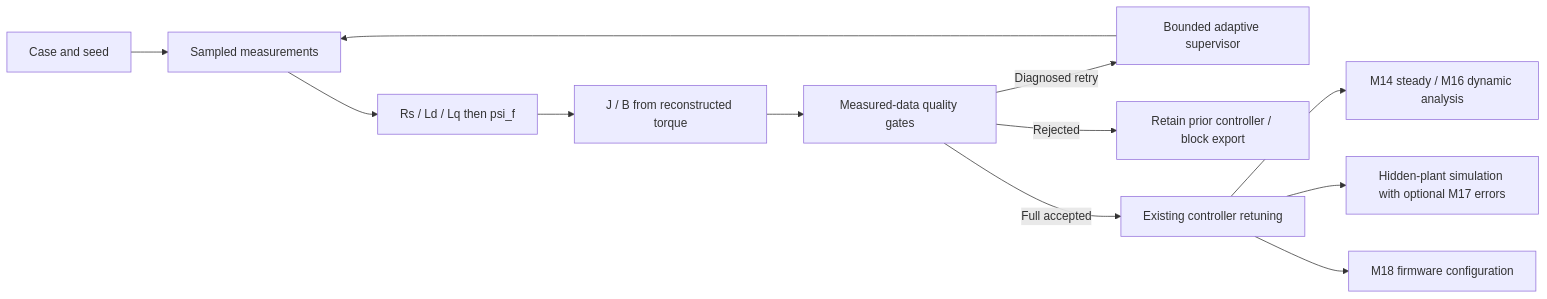
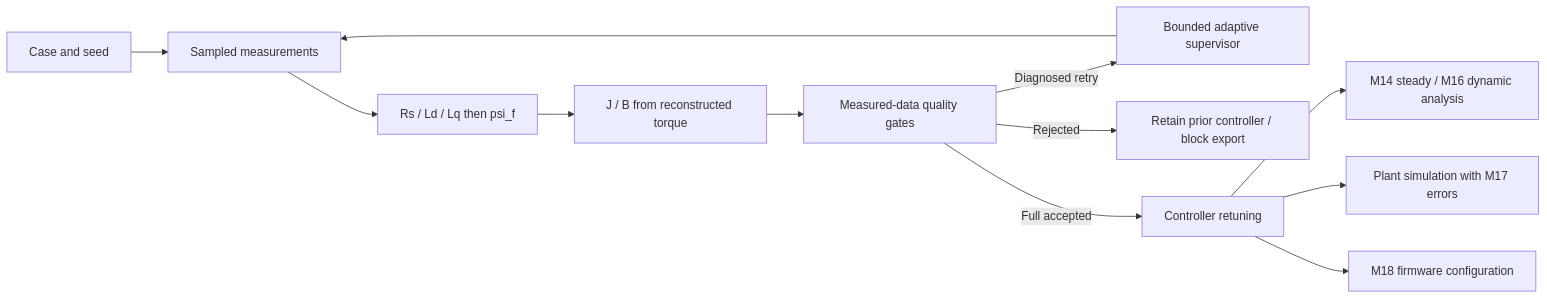
The diagram in README.v1.0.md (terogra/self-commissioning-pmsm-drive), drawn with Mermaid before and after one commit. The commit also changed other lines of this file and 35 other files, not shown here.

````diff
--- a/README.v1.0.md
+++ b/README.v1.0.md
@@ -29,14 +28,14 @@
 ```mermaid
 flowchart LR
     C[Case and seed] --> M[Sampled measurements]
     M --> E[Rs / Ld / Lq then psi_f]
     E --> J[J / B from reconstructed torque]
     J --> Q[Measured-data quality gates]
     Q -->|Diagnosed retry| A[Bounded adaptive supervisor]
     A --> M
     Q -->|Rejected| R[Retain prior controller / block export]
-    Q -->|Full accepted| T[Existing controller retuning]
+    Q -->|Full accepted| T[Controller retuning]
     T --> F[M14 steady / M16 dynamic analysis]
-    T --> V[Hidden-plant simulation with optional M17 errors]
+    T --> V[Plant simulation with M17 errors]
     T --> H[M18 firmware configuration]
 ```
````
